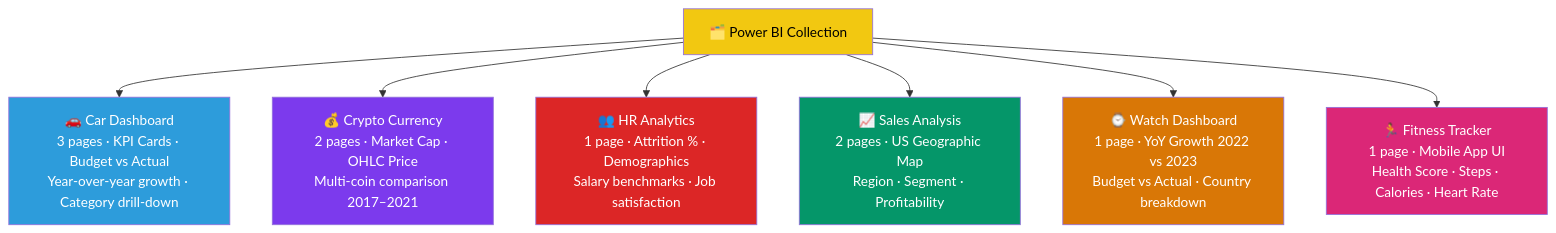
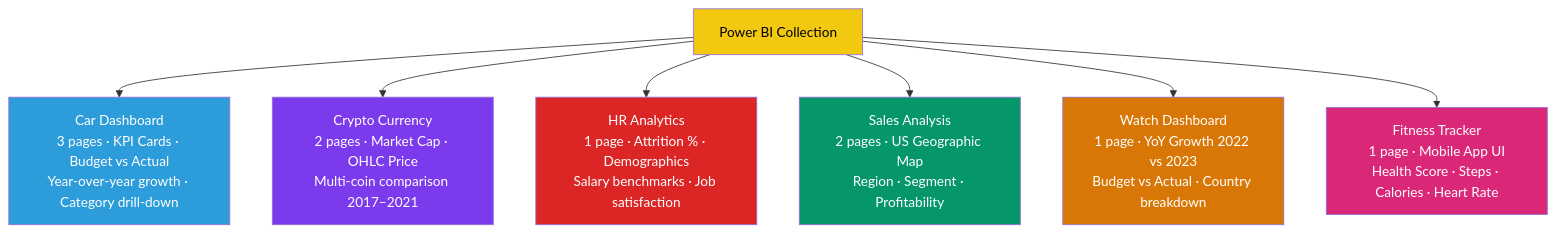
One commit to a-r-ashik/Data-Analysis changed the first of 7 diagrams in README.md. Above: the diagram before and after it, drawn with Mermaid. The commit also changed other lines of this file, not shown here.

````diff
--- a/README.md
+++ b/README.md
@@ -88,24 +88,24 @@
 ```mermaid
 flowchart TD
-    PBI[🗂️ Power BI Collection] --> A
+    PBI[ Power BI Collection] --> A
     PBI --> B
     PBI --> C
     PBI --> D
     PBI --> E
     PBI --> F
 
-    A["🚗 Car Dashboard\n3 pages · KPI Cards · Budget vs Actual\nYear-over-year growth · Category drill-down"]
-    B["💰 Crypto Currency\n2 pages · Market Cap · OHLC Price\nMulti-coin comparison 2017–2021"]
-    C["👥 HR Analytics\n1 page · Attrition % · Demographics\nSalary benchmarks · Job satisfaction"]
-    D["📈 Sales Analysis\n2 pages · US Geographic Map\nRegion · Segment · Profitability"]
-    E["⌚ Watch Dashboard\n1 page · YoY Growth 2022 vs 2023\nBudget vs Actual · Country breakdown"]
-    F["🏃 Fitness Tracker\n1 page · Mobile App UI\nHealth Score · Steps · Calories · Heart Rate"]
+    A[" Car Dashboard\n3 pages · KPI Cards · Budget vs Actual\nYear-over-year growth · Category drill-down"]
+    B[" Crypto Currency\n2 pages · Market Cap · OHLC Price\nMulti-coin comparison 2017–2021"]
+    C[" HR Analytics\n1 page · Attrition % · Demographics\nSalary benchmarks · Job satisfaction"]
+    D[" Sales Analysis\n2 pages · US Geographic Map\nRegion · Segment · Profitability"]
+    E[" Watch Dashboard\n1 page · YoY Growth 2022 vs 2023\nBudget vs Actual · Country breakdown"]
+    F[" Fitness Tracker\n1 page · Mobile App UI\nHealth Score · Steps · Calories · Heart Rate"]
 
     style PBI fill:#F2C811,color:#000
     style A fill:#2D9CDB,color:#fff
     style B fill:#7C3AED,color:#fff
     style C fill:#DC2626,color:#fff
     style D fill:#059669,color:#fff
     style E fill:#D97706,color:#fff
     style F fill:#DB2777,color:#fff
 ```
````
